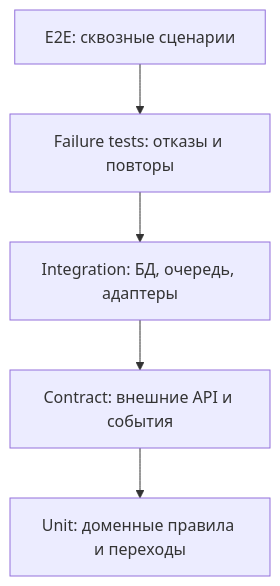
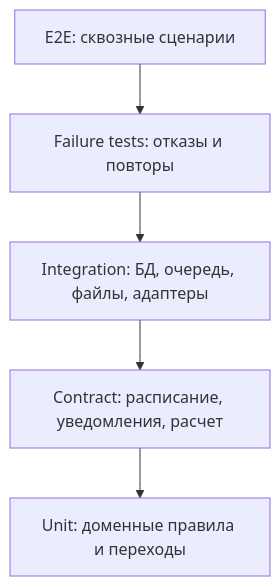
Before and after one commit to W1zzK1/Plan-dissertation: the diagram in 11-тестирование.md, drawn with Mermaid. The commit also changed other lines of this file and 19 other files, not shown here.

````diff
--- a/11-тестирование.md
+++ b/11-тестирование.md
@@ -7,13 +7,13 @@
 ```mermaid
 flowchart TD
     E2E[E2E: сквозные сценарии]
     Failure[Failure tests: отказы и повторы]
-    Integration[Integration: БД, очередь, адаптеры]
-    Contract[Contract: внешние API и события]
+    Integration[Integration: БД, очередь, файлы, адаптеры]
+    Contract[Contract: расписание, уведомления, расчет]
     Unit[Unit: доменные правила и переходы]
 
     E2E --> Failure
     Failure --> Integration
     Integration --> Contract
     Contract --> Unit
 ```
````
